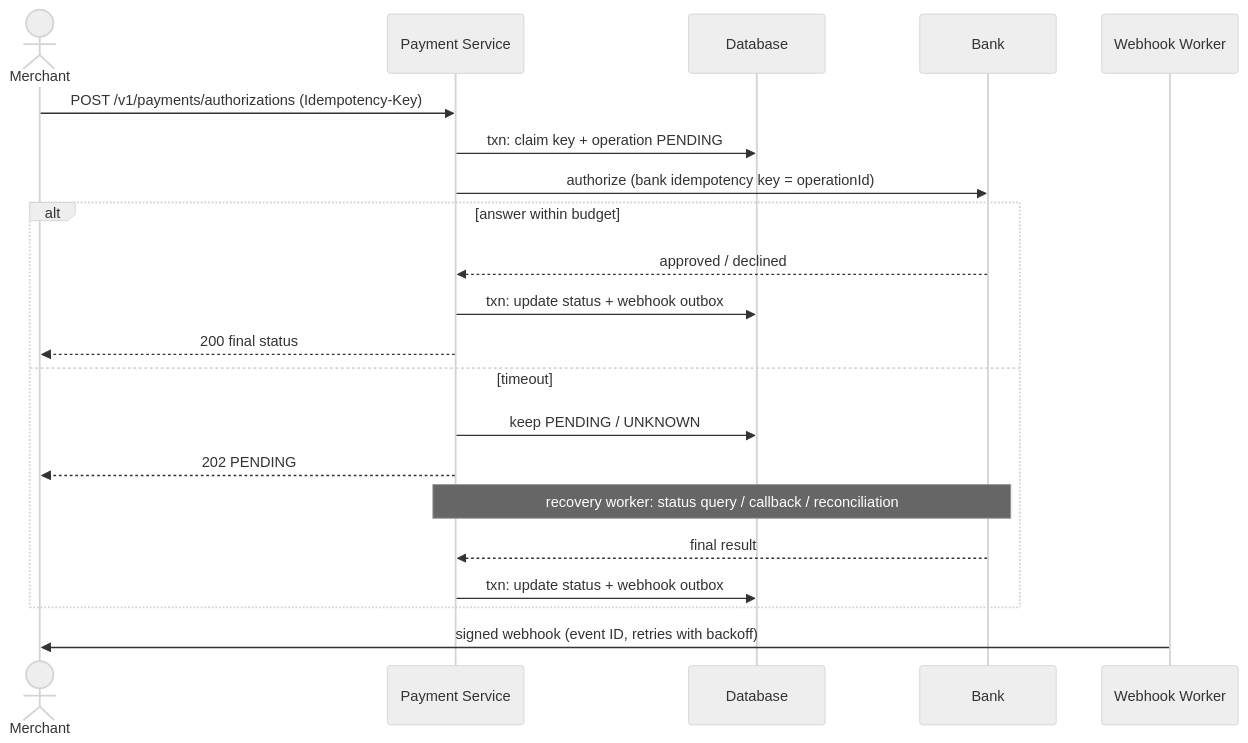
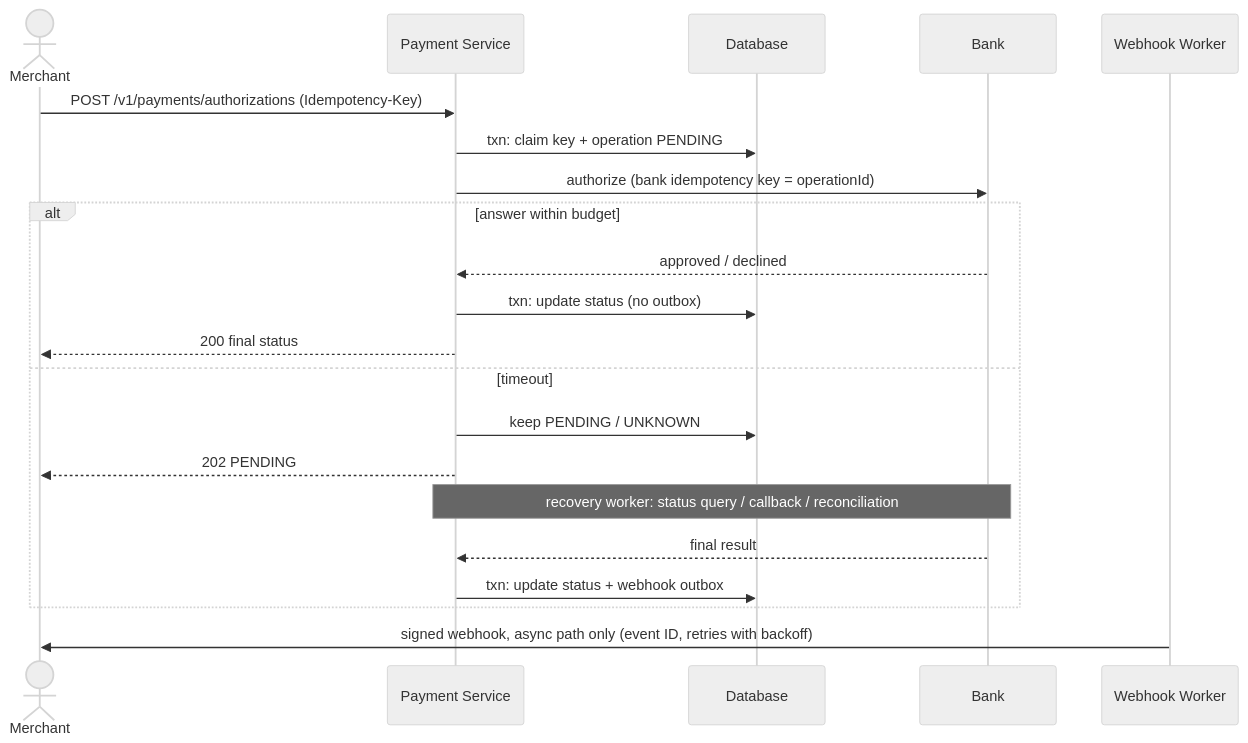
One commit to lingyun3730/future changed the third of 4 diagrams in system-design-prep.md. Above: the diagram before and after it, drawn with Mermaid (neutral theme). The commit also changed other lines of this file, not shown here.

Commit message:
Document tables; outbox only for async results; shard routing for auth

````diff
--- a/system-design-prep.md
+++ b/system-design-prep.md
@@ -724,24 +756,24 @@
 ```mermaid
 sequenceDiagram
     actor M as Merchant
     participant API as Payment Service
     participant DB as Database
     participant BK as Bank
     participant WW as Webhook Worker
 
     M->>API: POST /v1/payments/authorizations (Idempotency-Key)
     API->>DB: txn: claim key + operation PENDING
     API->>BK: authorize (bank idempotency key = operationId)
     alt answer within budget
         BK-->>API: approved / declined
-        API->>DB: txn: update status + webhook outbox
+        API->>DB: txn: update status (no outbox)
         API-->>M: 200 final status
     else timeout
         API->>DB: keep PENDING / UNKNOWN
         API-->>M: 202 PENDING
         Note over API,BK: recovery worker: status query / callback / reconciliation
         BK-->>API: final result
         API->>DB: txn: update status + webhook outbox
     end
-    WW->>M: signed webhook (event ID, retries with backoff)
+    WW->>M: signed webhook, async path only (event ID, retries with backoff)
 ```
````
